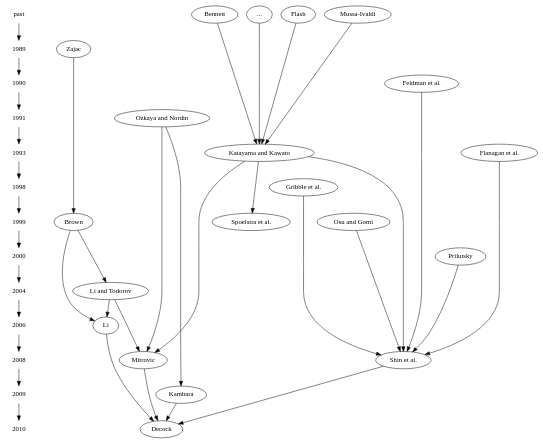
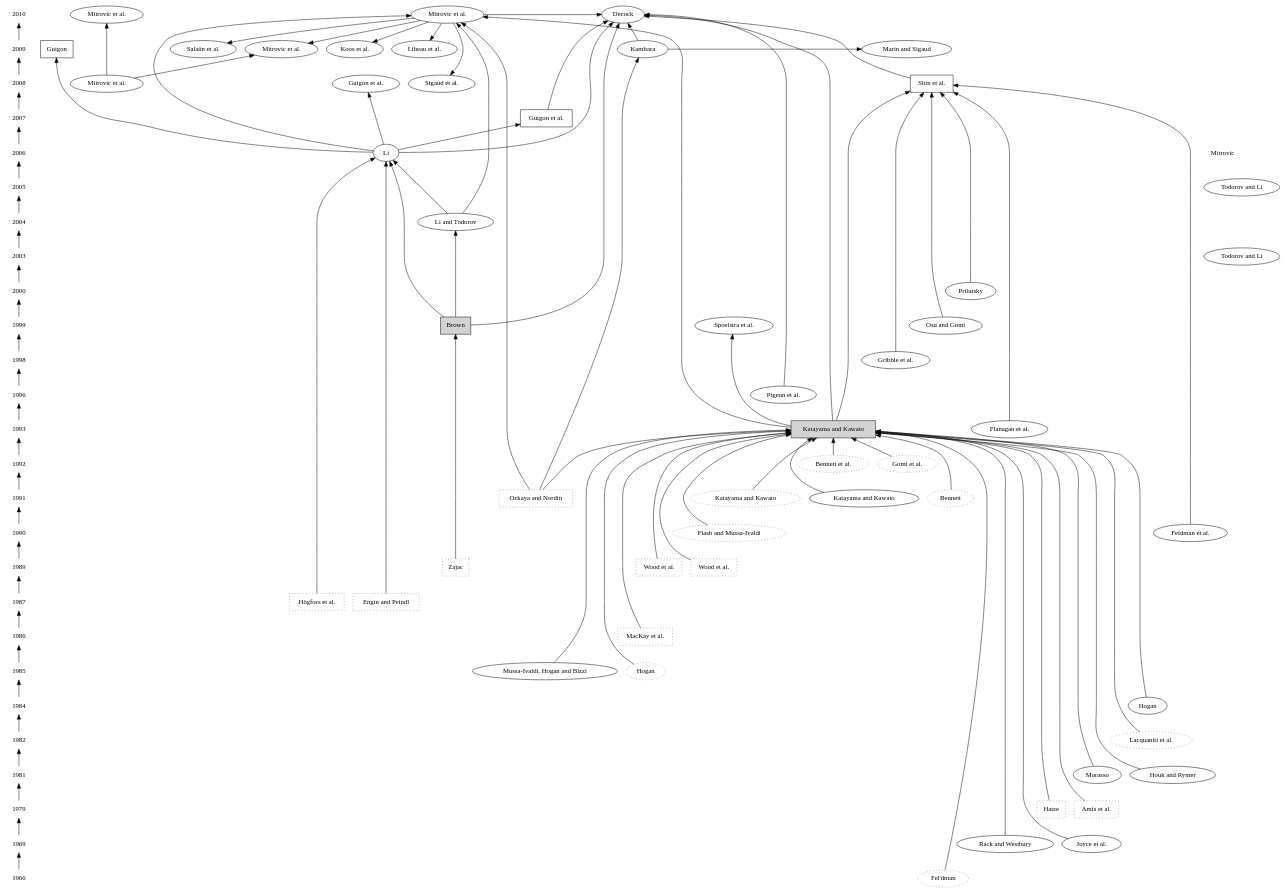
The diagram in docs/bib.dot (jeremiedecock/pyarm), drawn with Graphviz before and after one commit. The commit also changed 2 other files, not shown here.

```diff
--- a/docs/bib.dot
+++ b/docs/bib.dot
@@ -1,54 +1,104 @@
 digraph bib {
     rankstep = 0.75;
+    rankdir  = BT;
 
     {
         node [shape=plaintext];
-        "past" -> 1989 -> 1990 -> 1991 -> 1993 -> 1998 -> 1999 -> 2000 -> 2004 -> 2006 -> 2008 -> 2009 -> 2010;
+        1966 -> 1969 -> 1979 -> 1981 -> 1982 -> 1984 -> 1985 -> 1986 -> 1987 -> 1989 -> 1990 -> 1991 -> 1992 -> 1993 -> 1996 -> 1998 -> 1999 -> 2000 -> 2003 -> 2004 -> 2005 -> 2006 -> 2007 -> 2008 -> 2009 -> 2010;
     }
 
-    { rank = same; "past"; "Flash"; "Mussa-Ivaldi"; "Bennett"; "..."; }
-    { rank = same; 1989; "Zajac"; }
-    { rank = same; 1990; "Feldman et al."; }
-    { rank = same; 1991; "Ozkaya and Nordin"; }
-    { rank = same; 1993; "Katayama and Kawato"; "Flanagan et al."; }
+    { rank = same; 1966; "Fel'dman" [style=dotted]; }
+    { rank = same; 1969; "Rack and Westbury"; "Joyce et al."; }
+    { rank = same; 1979; "Hatze" [style=dotted,shape=box]; "Amis et al." [style=dotted,shape=box]; }
+    { rank = same; 1981; "Morasso"; "Houk and Rymer"; }
+    { rank = same; 1982; "Lacquaniti et al."[style=dotted]; }
+    { rank = same; 1984; Hogan1984 [label="Hogan"]; }
+    { rank = same; 1985; "Mussa-Ivaldi, Hogan and Bizzi"; Hogan1985 [label="Hogan",style=dotted]; }
+    { rank = same; 1986; "MacKay et al." [style=dotted,shape=box]; }
+    { rank = same; 1987; "Högfors et al." [style=dotted,shape=box]; "Engin and Peindl" [style=dotted,shape=box]; }
+    { rank = same; 1989; "Zajac" [style=dotted,shape=box]; Wood1989a [label="Wood et al.",style=dotted,shape=box]; Wood1989b [label="Wood et al.",style=dotted,shape=box]; }
+    { rank = same; 1990; "Feldman et al."; "Flash and Mussa-Ivaldi" [style=dotted]; }
+    { rank = same; 1991; Katayama1991a [label="Katayama and Kawato",style=dotted]; Katayama1991b [label="Katayama and Kawato"]; "Ozkaya and Nordin"[style=dotted,shape=box]; "Bennett" [style=dotted]; }
+    { rank = same; 1992; "Bennett et al." [style=dotted]; "Gomi et al." [style=dotted]; }
+    { rank = same; 1993; Katayama1993 [label="Katayama and Kawato",style=filled,shape=box]; "Flanagan et al."; }
     { rank = same; 1998; "Gribble et al."; }
-    { rank = same; 1999; "Brown"; "Osu and Gomi"; "Spoelstra et al."; }
+    { rank = same; 1996; "Pigeon et al."; }
+    { rank = same; 1999; "Brown" [style=filled,shape=box]; "Osu and Gomi"; "Spoelstra et al."; }
     { rank = same; 2000; "Prilutsky"; }
-    { rank = same; 2004; "Li and Todorov"; } // 2004 ou 2005 ???
-    { rank = same; 2006; "Li"; }
-    { rank = same; 2008; "Mitrovic"; "Shin et al."; } // 2008 ou 2009 ???
-    { rank = same; 2009; "Kambara"; }
-    { rank = same; 2010; "Decock"; }
+    { rank = same; 2003; Todorov2003[label="Todorov and Li"]; }
+    { rank = same; 2004; "Li and Todorov"; }
+    { rank = same; 2005; Todorov2005[label="Todorov and Li"]; }
+    { rank = same; 2006; "Li"; Mitrovic2006[label="Mitrovic",shape=none] }
+    { rank = same; 2007; Guigon2007[label="Guigon et al.",shape=box]; }
+    { rank = same; 2008; Mitrovic2008[label="Mitrovic et al."]; "Shin et al."[shape=box]; Guigon2008[label="Guigon et al."]; "Sigaud et al."; }
+    { rank = same; 2009; Mitrovic2009[label="Mitrovic et al."]; "Kambara"; Guigon2009[label="Guigon",shape=box]; "Marin and Sigaud"; "Salaün et al."; "Koos et al."; "Libeau et al."; }
+    { rank = same; 2010; "Decock"; Mitrovic2010b[label="Mitrovic et al."]; Mitrovic2010a[label="Mitrovic et al."]; }
 
-    "Flash" -> "Katayama and Kawato";
-    "Mussa-Ivaldi" -> "Katayama and Kawato";
-    "Bennett" -> "Katayama and Kawato";
-    "..." -> "Katayama and Kawato";
+    "Rack and Westbury" -> Katayama1993;
+    "Fel'dman" -> Katayama1993;
+    Hogan1984 -> Katayama1993;
+    Hogan1985 -> Katayama1993;
+    "Mussa-Ivaldi, Hogan and Bizzi" -> Katayama1993;
+    "Bennett" -> Katayama1993;
+    "Bennett et al." -> Katayama1993;
+    "Gomi et al." -> Katayama1993;
+    Katayama1991a -> Katayama1993;
+    Katayama1991b -> Katayama1993;
+    "Flash and Mussa-Ivaldi" -> Katayama1993;
+    "Morasso" -> Katayama1993;
+    "Hatze" -> Katayama1993;
+    "Amis et al." -> Katayama1993;
+    Wood1989a -> Katayama1993;
+    Wood1989b -> Katayama1993;
+    "Lacquaniti et al." -> Katayama1993;
+    "MacKay et al." -> Katayama1993;
+    "Joyce et al." -> Katayama1993;
+    "Houk and Rymer" -> Katayama1993;
 
     "Zajac" -> "Brown";
 
+    "Engin and Peindl" -> "Li";
+    "Högfors et al." -> "Li";
     "Brown" -> "Li and Todorov";
     "Brown" -> "Li";
-    "Katayama and Kawato" -> "Mitrovic";
-    "Li and Todorov" -> "Mitrovic";
+    Katayama1993 -> Mitrovic2010b;
+    "Li and Todorov" -> Mitrovic2010b;
     "Li and Todorov" -> "Li";
-    "Ozkaya and Nordin" -> "Mitrovic";
+    "Ozkaya and Nordin" -> Mitrovic2010b;
     "Ozkaya and Nordin" -> "Kambara";
+    "Ozkaya and Nordin" -> Katayama1993;
 
-    "Flanagan et al." -> "Shin et al."
-    "Feldman et al." -> "Shin et al."
-    "Gribble et al." -> "Shin et al."
-    "Katayama and Kawato" -> "Shin et al."
-    "Osu and Gomi" -> "Shin et al."
-    "Prilutsky" -> "Shin et al."
+    "Flanagan et al." -> "Shin et al.";
+    "Feldman et al." -> "Shin et al.";
+    "Gribble et al." -> "Shin et al.";
+    Katayama1993 -> "Shin et al.";
+    "Osu and Gomi" -> "Shin et al.";
+    "Prilutsky" -> "Shin et al.";
 
-    "Katayama and Kawato" -> "Spoelstra et al."
+    Katayama1993 -> "Spoelstra et al.";
 
-//    "Li and Todorov" -> "Decock";
-//    "Mitrovic" -> "Decock";
-//    "Kambara" -> "Decock";
+    "Li" -> Guigon2007;
+    "Li" -> Guigon2008;
+    "Li" -> Guigon2009;
+    "Li" -> Mitrovic2010b;
+
+    "Kambara" -> "Marin and Sigaud"
+
+    Mitrovic2008 -> Mitrovic2009;
+    Mitrovic2008 -> Mitrovic2010a;
+
+    Mitrovic2010b -> Mitrovic2009;
+    Mitrovic2010b -> "Salaün et al.";
+    Mitrovic2010b -> "Koos et al.";
+    Mitrovic2010b -> "Libeau et al.";
+    Mitrovic2010b -> "Sigaud et al.";
+
+    Katayama1993 -> "Decock";
+    "Brown" -> "Decock";
+    Guigon2007 -> "Decock";
+    "Pigeon et al." -> "Decock";
     "Li" -> "Decock";
-    "Mitrovic" -> "Decock";
+    Mitrovic2010b -> "Decock";
     "Kambara" -> "Decock";
     "Shin et al." -> "Decock";
 }
```
